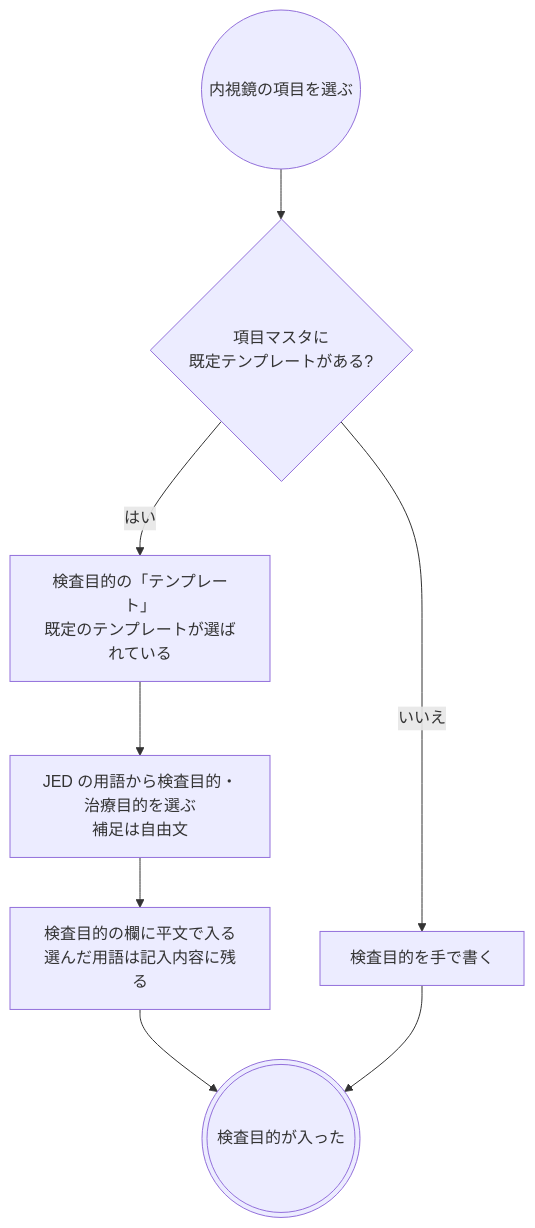
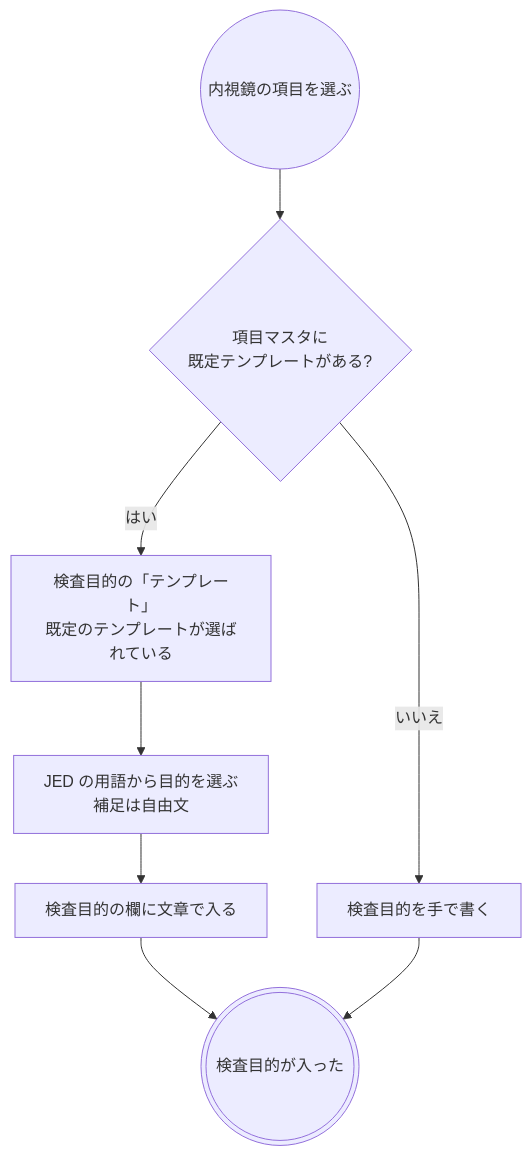
One commit to ysnr-dev/fhir-client-docs changed the third of 4 diagrams in docs/flows/physio-endoscopy-treatment.md. Above: the diagram before and after it, drawn with Mermaid. The commit also changed other lines of this file and 43 other files, not shown here.

Commit message:
docs: 業務フローとシーケンス図を写し直し

````diff
--- a/docs/flows/physio-endoscopy-treatment.md
+++ b/docs/flows/physio-endoscopy-treatment.md
@@ -153,14 +154,14 @@
 ```mermaid
 flowchart TD
   pick(("内視鏡の項目を選ぶ"))
   hasTemplate{"項目マスタに<br/>既定テンプレートがある?"}
   open["検査目的の「テンプレート」<br/>既定のテンプレートが選ばれている"]
-  choose["JED の用語から検査目的・治療目的を選ぶ<br/>補足は自由文"]
-  text["検査目的の欄に平文で入る<br/>選んだ用語は記入内容に残る"]
+  choose["JED の用語から目的を選ぶ<br/>補足は自由文"]
+  text["検査目的の欄に文章で入る"]
   free["検査目的を手で書く"]
   done((("検査目的が入った")))
 
   pick --> hasTemplate
   hasTemplate -- "はい" --> open --> choose --> text --> done
   hasTemplate -- "いいえ" --> free --> done
 ```
````
